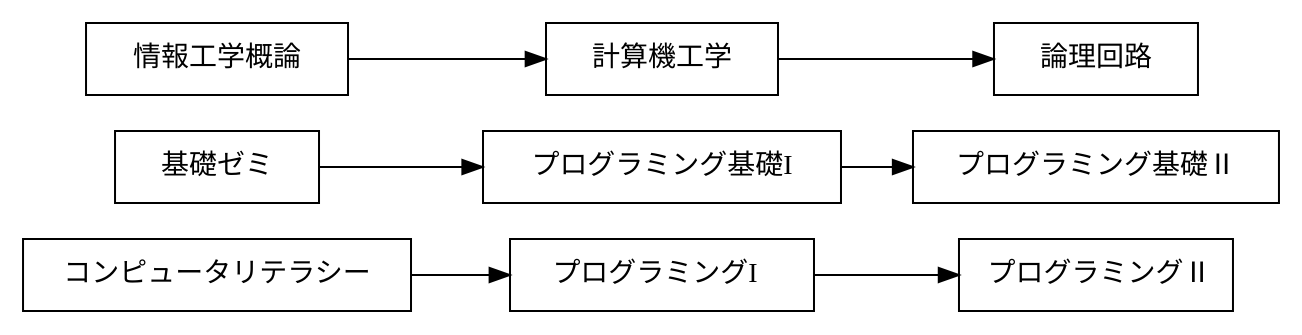
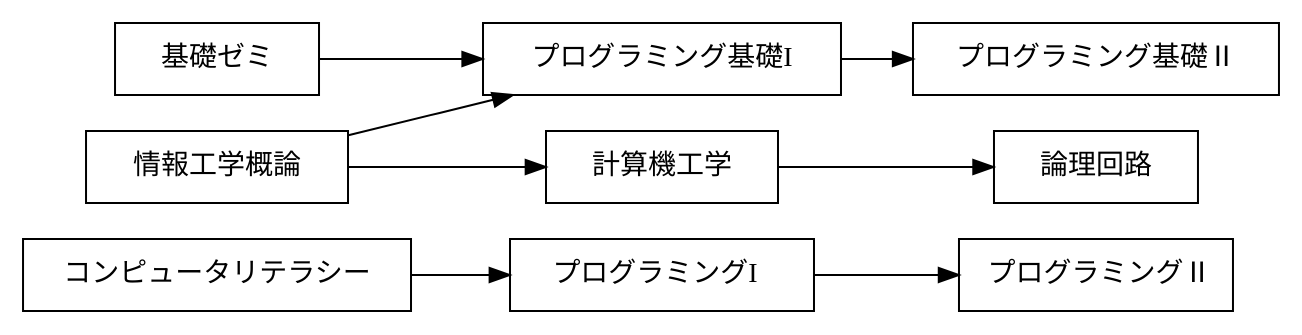
Before and after one commit to DCS-1-301-02-2026/graph-G684932026: the first of 4 diagrams in exercise.md, drawn with Graphviz. The commit also changed other lines of this file and 1 other file, not shown here.

````diff
--- a/exercise.md
+++ b/exercise.md
@@ -11,10 +11,11 @@
 ```graphviz
 digraph {
     rankdir = "LR";
     node [shape=box];
 
 "    コンピュータリテラシー   "-> "    プログラミングI 　"-> "  プログラミングⅡ "  ;
    　基礎ゼミ　-> 　プログラミング基礎I　->　プログラミング基礎Ⅱ　
 　情報工学概論　->　計算機工学　->　論理回路　;
+　情報工学概論　-> 　プログラミング基礎I　;
 }
 ```
````
